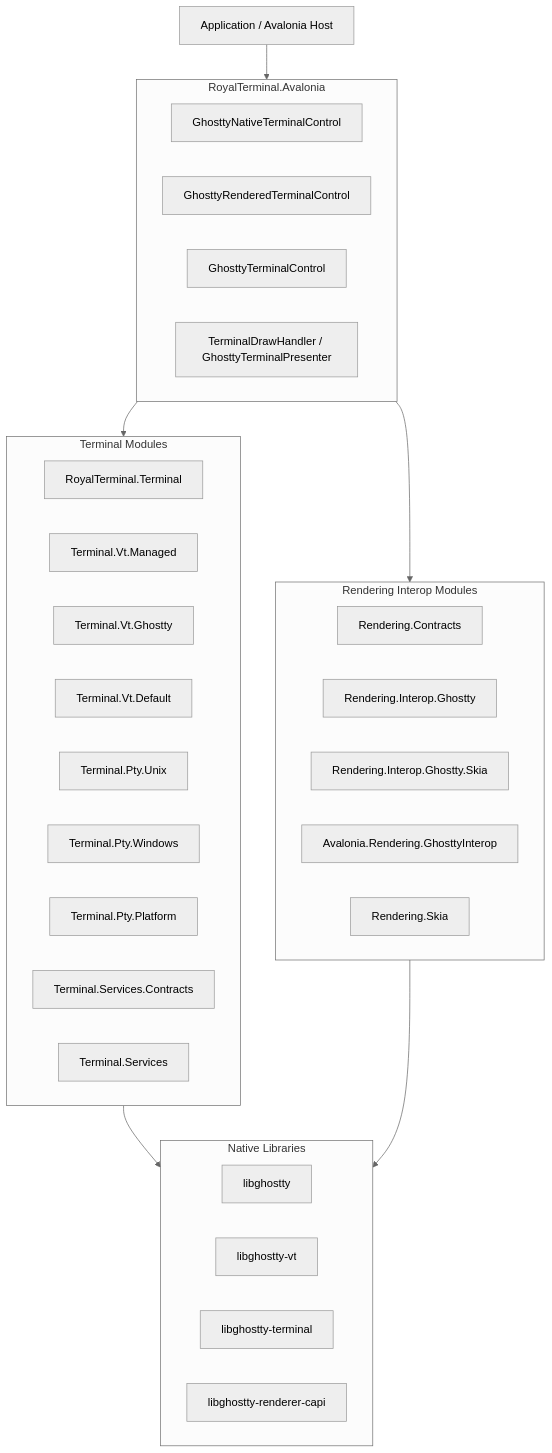
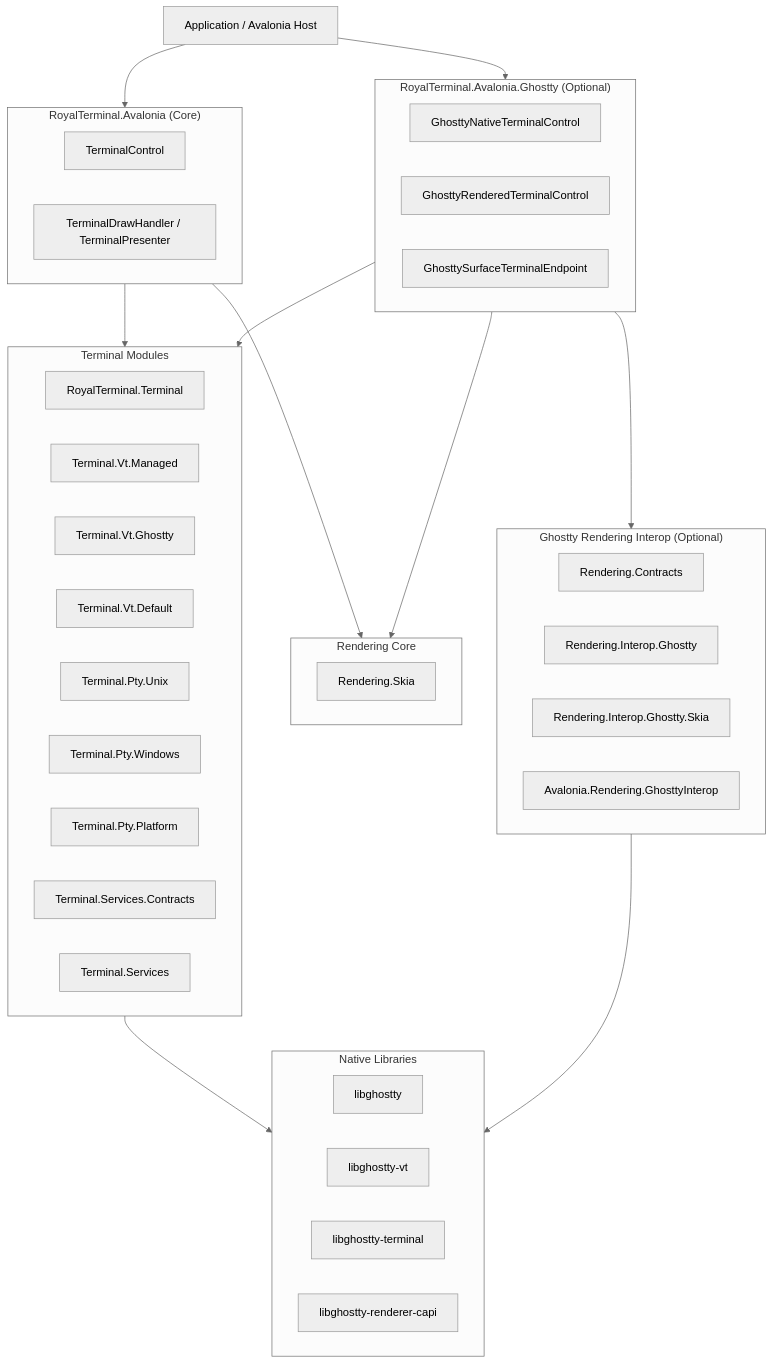
The diagram in README.md (royalapplications/RoyalTerminal), drawn with Mermaid (neutral theme) before and after one commit. The commit also changed other lines of this file, not shown here.

Commit message:
docs: refresh architecture and usage for core/ghostty split

````diff
--- a/README.md
+++ b/README.md
@@ -79,44 +82,55 @@
 ```mermaid
 flowchart TD
-    App[Application / Avalonia Host]
+    App["Application / Avalonia Host"]
 
-    subgraph UI[RoyalTerminal.Avalonia]
-      C1[GhosttyNativeTerminalControl]
-      C2[GhosttyRenderedTerminalControl]
-      C3[GhosttyTerminalControl]
-      UIRender[TerminalDrawHandler / GhosttyTerminalPresenter]
+    subgraph CoreUI["RoyalTerminal.Avalonia (Core)"]
+      C1["TerminalControl"]
+      C2["TerminalDrawHandler / TerminalPresenter"]
     end
 
-    subgraph Terminal[Terminal Modules]
-      T0[RoyalTerminal.Terminal]
-      T1[Terminal.Vt.Managed]
-      T2[Terminal.Vt.Ghostty]
-      T3[Terminal.Vt.Default]
-      P1[Terminal.Pty.Unix]
-      P2[Terminal.Pty.Windows]
-      P3[Terminal.Pty.Platform]
-      S1[Terminal.Services.Contracts]
-      S2[Terminal.Services]
+    subgraph GhosttyUI["RoyalTerminal.Avalonia.Ghostty (Optional)"]
+      G1["GhosttyNativeTerminalControl"]
+      G2["GhosttyRenderedTerminalControl"]
+      G3["GhosttySurfaceTerminalEndpoint"]
     end
 
-    subgraph Render[Rendering Interop Modules]
-      R0[Rendering.Contracts]
-      R1[Rendering.Interop.Ghostty]
-      R2[Rendering.Interop.Ghostty.Skia]
-      R3[Avalonia.Rendering.GhosttyInterop]
-      R4[Rendering.Skia]
+    subgraph Terminal["Terminal Modules"]
+      T0["RoyalTerminal.Terminal"]
+      T1["Terminal.Vt.Managed"]
+      T2["Terminal.Vt.Ghostty"]
+      T3["Terminal.Vt.Default"]
+      P1["Terminal.Pty.Unix"]
+      P2["Terminal.Pty.Windows"]
+      P3["Terminal.Pty.Platform"]
+      S1["Terminal.Services.Contracts"]
+      S2["Terminal.Services"]
     end
 
-    subgraph Native[Native Libraries]
-      N1[libghostty]
-      N2[libghostty-vt]
-      N3[libghostty-terminal]
-      N4[libghostty-renderer-capi]
+    subgraph CoreRender["Rendering Core"]
+      R4["Rendering.Skia"]
     end
 
-    App --> UI
-    UI --> Terminal
-    UI --> Render
+    subgraph GhosttyRender["Ghostty Rendering Interop (Optional)"]
+      R0["Rendering.Contracts"]
+      R1["Rendering.Interop.Ghostty"]
+      R2["Rendering.Interop.Ghostty.Skia"]
+      R3["Avalonia.Rendering.GhosttyInterop"]
+    end
+
+    subgraph Native["Native Libraries"]
+      N1["libghostty"]
+      N2["libghostty-vt"]
+      N3["libghostty-terminal"]
+      N4["libghostty-renderer-capi"]
+    end
+
+    App --> CoreUI
+    App --> GhosttyUI
+    CoreUI --> Terminal
+    CoreUI --> CoreRender
+    GhosttyUI --> Terminal
+    GhosttyUI --> CoreRender
+    GhosttyUI --> GhosttyRender
     Terminal --> Native
-    Render --> Native
+    GhosttyRender --> Native
 ```
````
